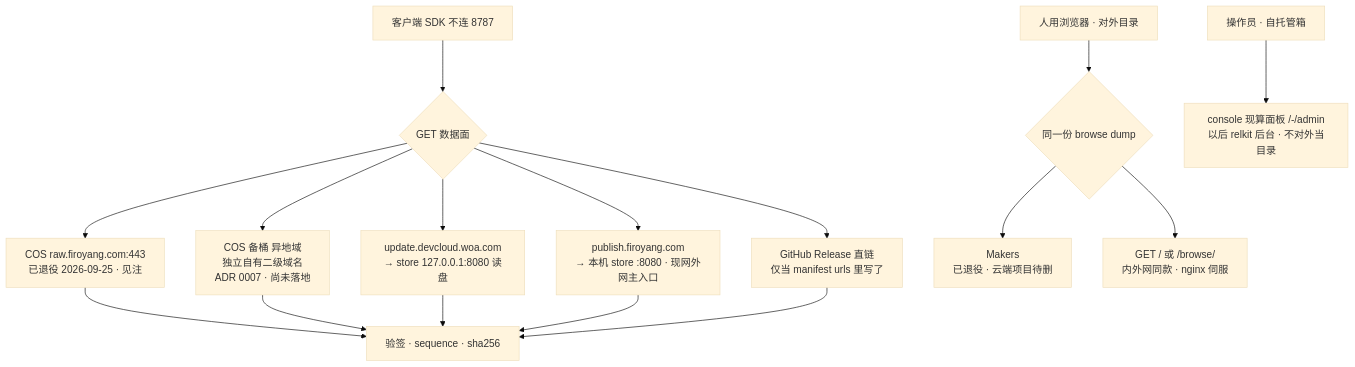
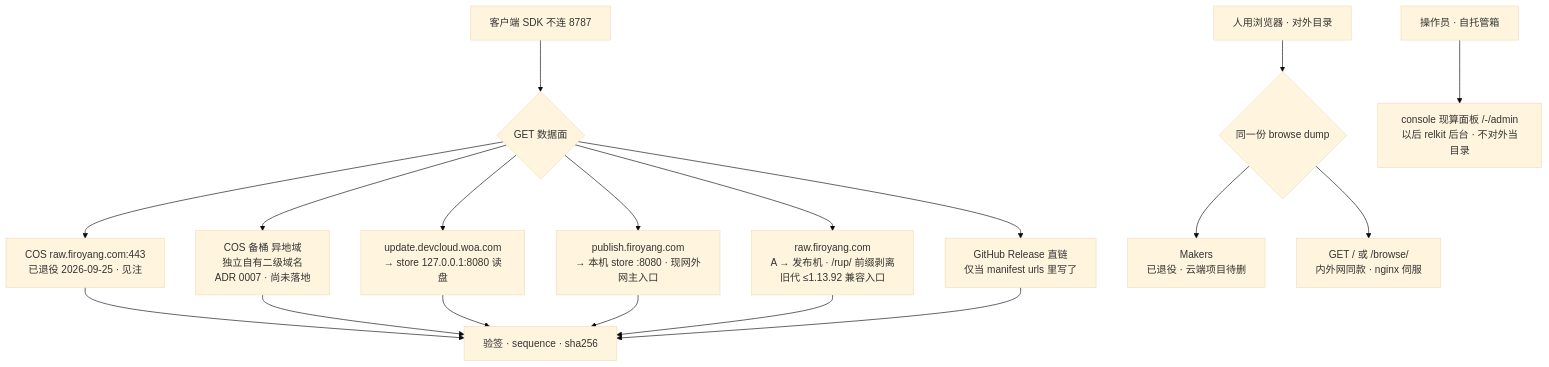
One commit to shichao402/relkit changed the second of 2 diagrams in docs/design/publish-topology.md. Above: the diagram before and after it, drawn with Mermaid (base theme). The commit also changed other lines of this file and 2 other files, not shown here.

````diff
--- a/docs/design/publish-topology.md
+++ b/docs/design/publish-topology.md
@@ -95,20 +95,22 @@
 ```mermaid
 flowchart TB
   sdk["客户端 SDK 不连 8787"] --> get{"GET 数据面"}
   get --> cosGet["COS raw.firoyang.com:443<br/>已退役 2026-09-25 · 见注"]
   get --> cosBackup["COS 备桶 异地域<br/>独立自有二级域名<br/>ADR 0007 · 尚未落地"]
   get --> woaGet["update.devcloud.woa.com<br/>→ store 127.0.0.1:8080 读盘"]
   get --> pubGet["publish.firoyang.com<br/>→ 本机 store :8080 · 现网外网主入口"]
+  get --> rawCompat["raw.firoyang.com<br/>A → 发布机 · /rup/ 前缀剥离<br/>旧代 ≤1.13.92 兼容入口"]
   get --> relGet["GitHub Release 直链<br/>仅当 manifest urls 里写了"]
   cosGet --> verify["验签 · sequence · sha256"]
   cosBackup --> verify
   woaGet --> verify
   pubGet --> verify
+  rawCompat --> verify
   relGet --> verify
 
   human["人用浏览器 · 对外目录"] --> site{"同一份 browse dump"}
   site --> makersGet["Makers<br/>已退役 · 云端项目待删"]
   site --> pages["GET / 或 /browse/<br/>内外网同款 · nginx 伺服"]
 
     ops["操作员 · 自托管箱"] --> panel["console 现算面板 /-/admin<br/>以后 relkit 后台 · 不对外当目录"]
 ```
````
